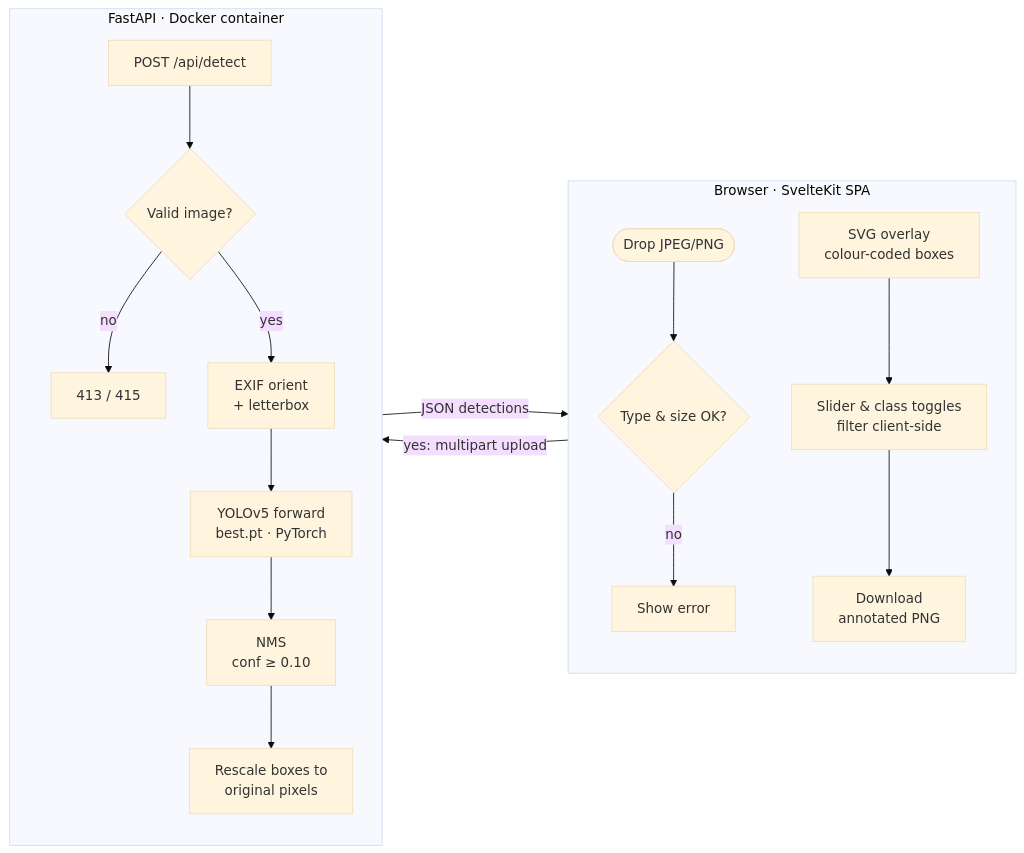
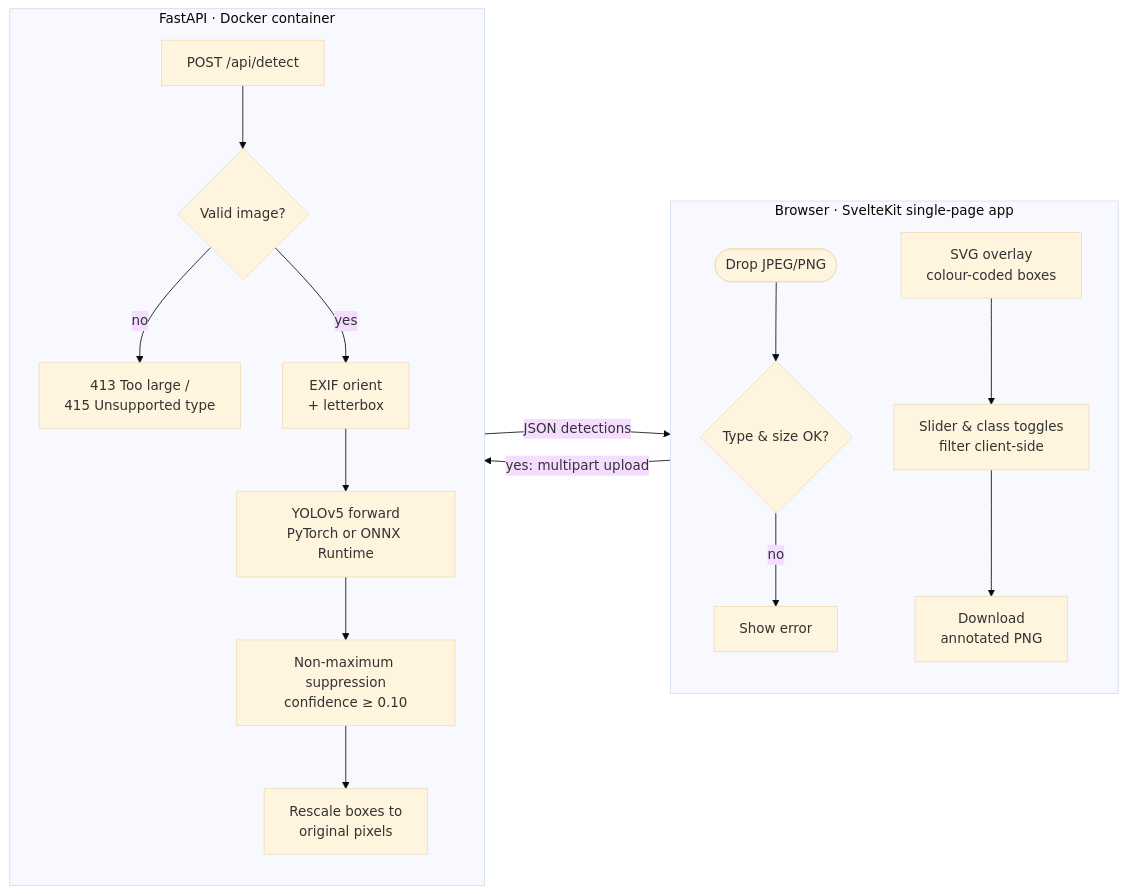
One commit to discdetsu/MIFvsOV changed the diagram in README.md. Above: the diagram before and after it, drawn with Mermaid (base theme). The commit also changed other lines of this file and 23 other files, not shown here.

First line of the commit message:
Add ONNX Runtime as a selectable inference runtime

````diff
--- a/README.md
+++ b/README.md
@@ -15,23 +15,23 @@
 ```mermaid
 flowchart LR
-    subgraph Browser["Browser · SvelteKit SPA"]
+    subgraph Browser["Browser · SvelteKit single-page app"]
         direction TB
         U([Drop JPEG/PNG]) --> V{Type & size OK?}
         V -- no --> E[Show error]
         R[SVG overlay<br/>colour-coded boxes] --> F[Slider & class toggles<br/>filter client-side]
         F --> D[Download<br/>annotated PNG]
     end
 
     subgraph Server["FastAPI · Docker container"]
         direction TB
         A["POST /api/detect"] --> C{Valid image?}
-        C -- no --> X[413 / 415]
+        C -- no --> X[413 Too large /<br/>415 Unsupported type]
         C -- yes --> L[EXIF orient<br/>+ letterbox]
-        L --> M[YOLOv5 forward<br/>best.pt · PyTorch]
-        M --> N[NMS<br/>conf ≥ 0.10]
+        L --> M[YOLOv5 forward<br/>PyTorch or ONNX Runtime]
+        M --> N[Non-maximum suppression<br/>confidence ≥ 0.10]
         N --> B[Rescale boxes to<br/>original pixels]
     end
 
     V -- yes: multipart upload --> A
     B -- JSON detections --> R
 ```
````
